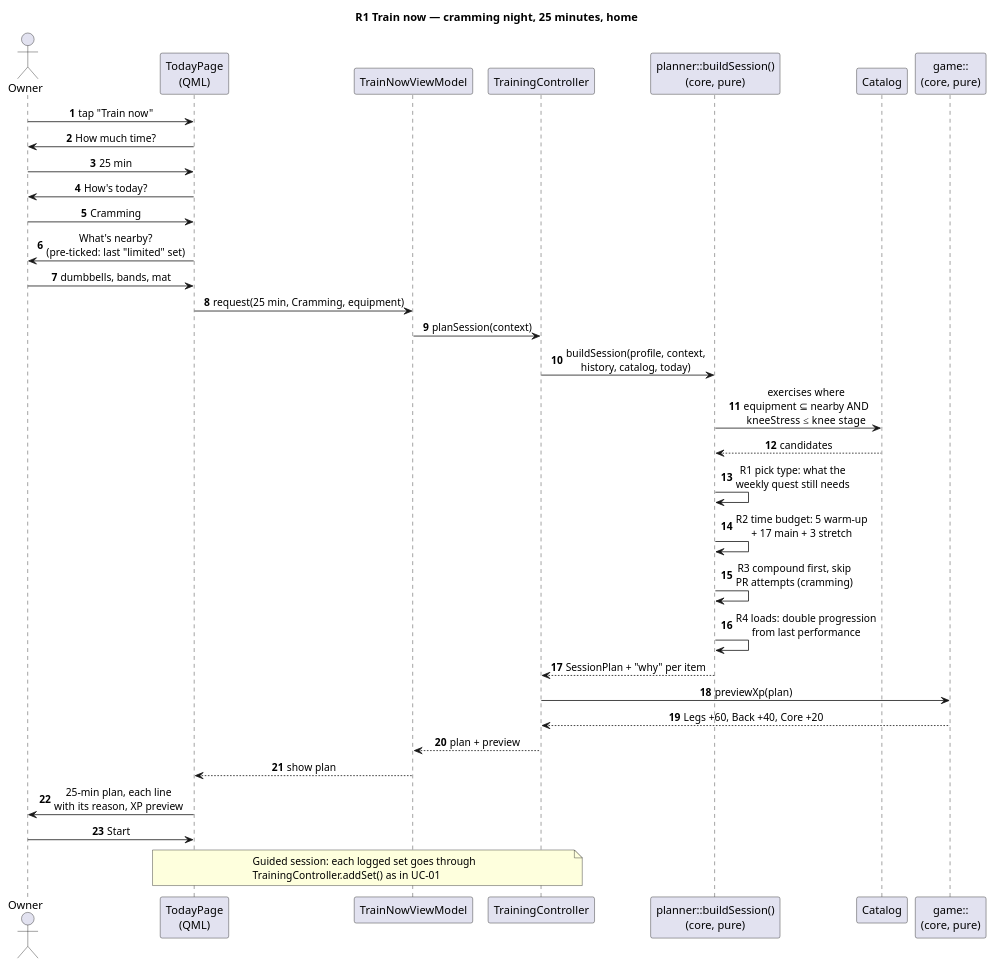
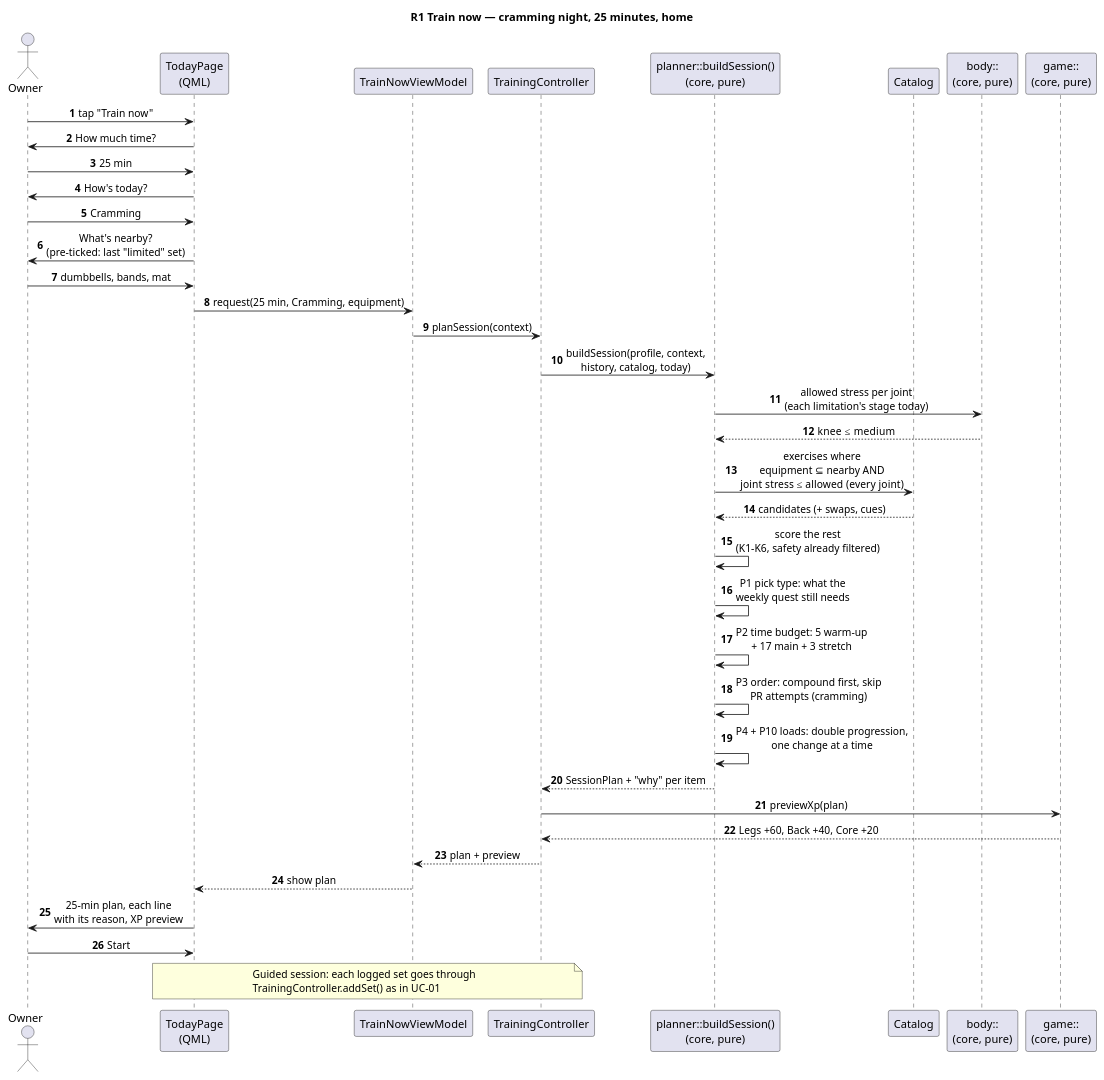
The diagram in diagrams/sequence_train_now.puml (LovedArie/IronLog), drawn with PlantUML before and after one commit. The commit also changed 16 other files, not shown here.

```diff
--- a/diagrams/sequence_train_now.puml
+++ b/diagrams/sequence_train_now.puml
@@ -1,46 +1,50 @@
 @startuml sequence_train_now
 ' arc42 §6 R1 — "Train now": from three answers to a session plan.
 ' The planner is a PURE function in core/: same inputs -> same plan.
 ' Render: plantuml -tpng diagrams/*.puml -o rendered
 
 title R1 Train now — cramming night, 25 minutes, home
 
 skinparam shadowing false
 skinparam defaultFontName Arial
 skinparam sequenceMessageAlign center
 autonumber
 
 actor Owner
 participant "TodayPage\n(QML)" as UI
 participant "TrainNowViewModel" as VM
 participant "TrainingController" as TC
 participant "planner::buildSession()\n(core, pure)" as PL
 participant "Catalog" as CAT
+participant "body::\n(core, pure)" as BODY
 participant "game::\n(core, pure)" as GM
 
 Owner -> UI : tap "Train now"
 UI -> Owner : How much time?
 Owner -> UI : 25 min
 UI -> Owner : How's today?
 Owner -> UI : Cramming
 UI -> Owner : What's nearby?\n(pre-ticked: last "limited" set)
 Owner -> UI : dumbbells, bands, mat
 UI -> VM : request(25 min, Cramming, equipment)
 VM -> TC : planSession(context)
 TC -> PL : buildSession(profile, context,\nhistory, catalog, today)
-PL -> CAT : exercises where\nequipment ⊆ nearby AND\nkneeStress ≤ knee stage
-CAT --> PL : candidates
-PL -> PL : R1 pick type: what the\nweekly quest still needs
-PL -> PL : R2 time budget: 5 warm-up\n+ 17 main + 3 stretch
-PL -> PL : R3 compound first, skip\nPR attempts (cramming)
-PL -> PL : R4 loads: double progression\nfrom last performance
+PL -> BODY : allowed stress per joint\n(each limitation's stage today)
+BODY --> PL : knee ≤ medium
+PL -> CAT : exercises where\nequipment ⊆ nearby AND\njoint stress ≤ allowed (every joint)
+CAT --> PL : candidates (+ swaps, cues)
+PL -> PL : score the rest\n(K1–K6, safety already filtered)
+PL -> PL : P1 pick type: what the\nweekly quest still needs
+PL -> PL : P2 time budget: 5 warm-up\n+ 17 main + 3 stretch
+PL -> PL : P3 order: compound first, skip\nPR attempts (cramming)
+PL -> PL : P4 + P10 loads: double progression,\none change at a time
 PL --> TC : SessionPlan + "why" per item
 TC -> GM : previewXp(plan)
 GM --> TC : Legs +60, Back +40, Core +20
 TC --> VM : plan + preview
 VM --> UI : show plan
 UI -> Owner : 25-min plan, each line\nwith its reason, XP preview
 Owner -> UI : Start
 note over UI, TC : Guided session: each logged set goes through\nTrainingController.addSet() as in UC-01
 
 @enduml
```
